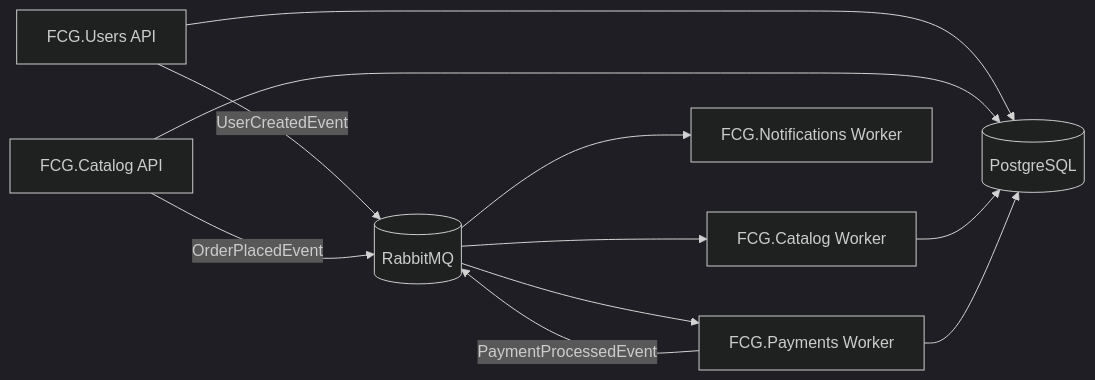
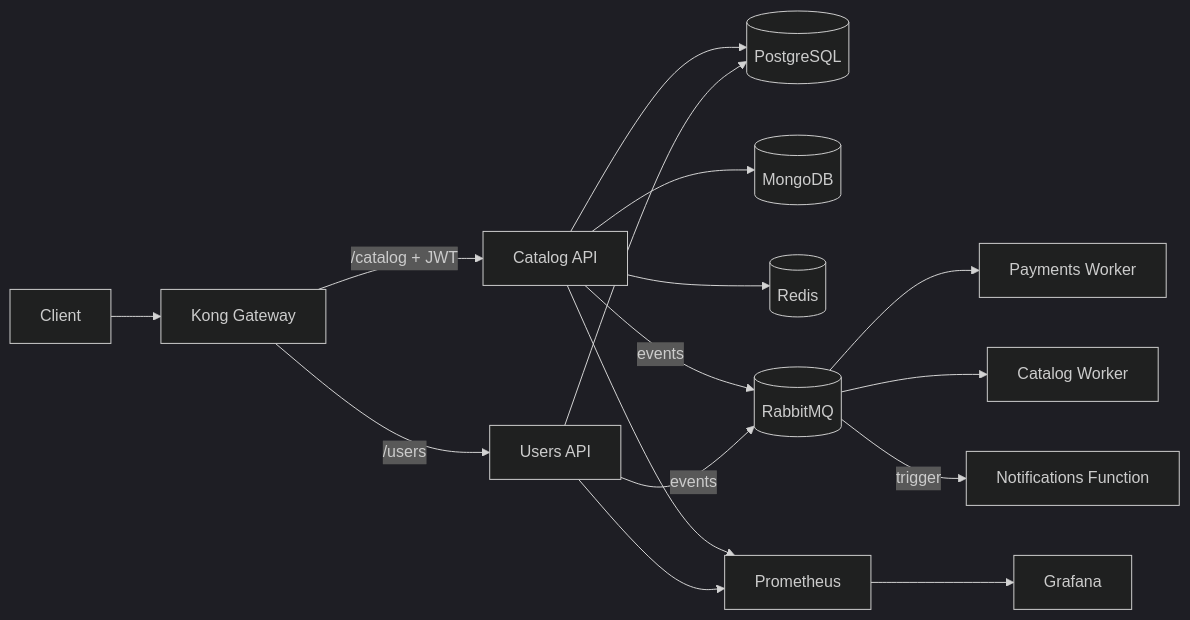
Before and after one commit to GabrielNatan2001/FCG.Infra: the diagram in README.md, drawn with Mermaid (dark theme). The commit also changed other lines of this file and 28 other files, not shown here.

````diff
--- a/README.md
+++ b/README.md
@@ -16,13 +28,18 @@
 ```mermaid
 flowchart LR
-    Users[FCG.Users API] -->|UserCreatedEvent| RMQ[(RabbitMQ)]
-    Catalog[FCG.Catalog API] -->|OrderPlacedEvent| RMQ
-    RMQ --> Payments[FCG.Payments Worker]
-    Payments -->|PaymentProcessedEvent| RMQ
-    RMQ --> CatalogW[FCG.Catalog Worker]
-    RMQ --> Notif[FCG.Notifications Worker]
-    Users --> PG[(PostgreSQL)]
-    Catalog --> PG
-    CatalogW --> PG
-    Payments --> PG
+  Client[Client] --> Kong[Kong Gateway]
+  Kong -->|/users| Users[Users API]
+  Kong -->|/catalog + JWT| Catalog[Catalog API]
+  Users --> PG[(PostgreSQL)]
+  Catalog --> PG
+  Catalog --> Mongo[(MongoDB)]
+  Catalog --> Redis[(Redis)]
+  Users -->|events| RMQ[(RabbitMQ)]
+  Catalog -->|events| RMQ
+  RMQ --> Payments[Payments Worker]
+  RMQ --> CatalogW[Catalog Worker]
+  RMQ -->|trigger| AzFunc[Notifications Function]
+  Users --> Prom[Prometheus]
+  Catalog --> Prom
+  Prom --> Grafana[Grafana]
 ```
````
